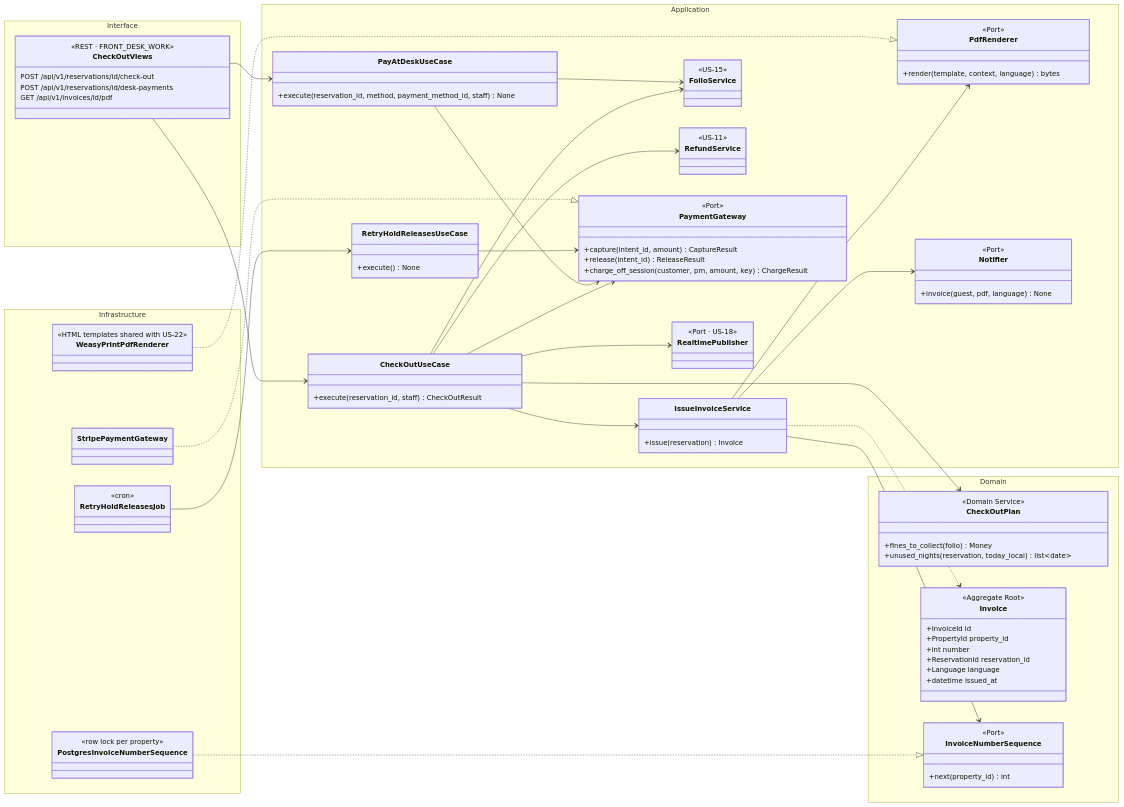
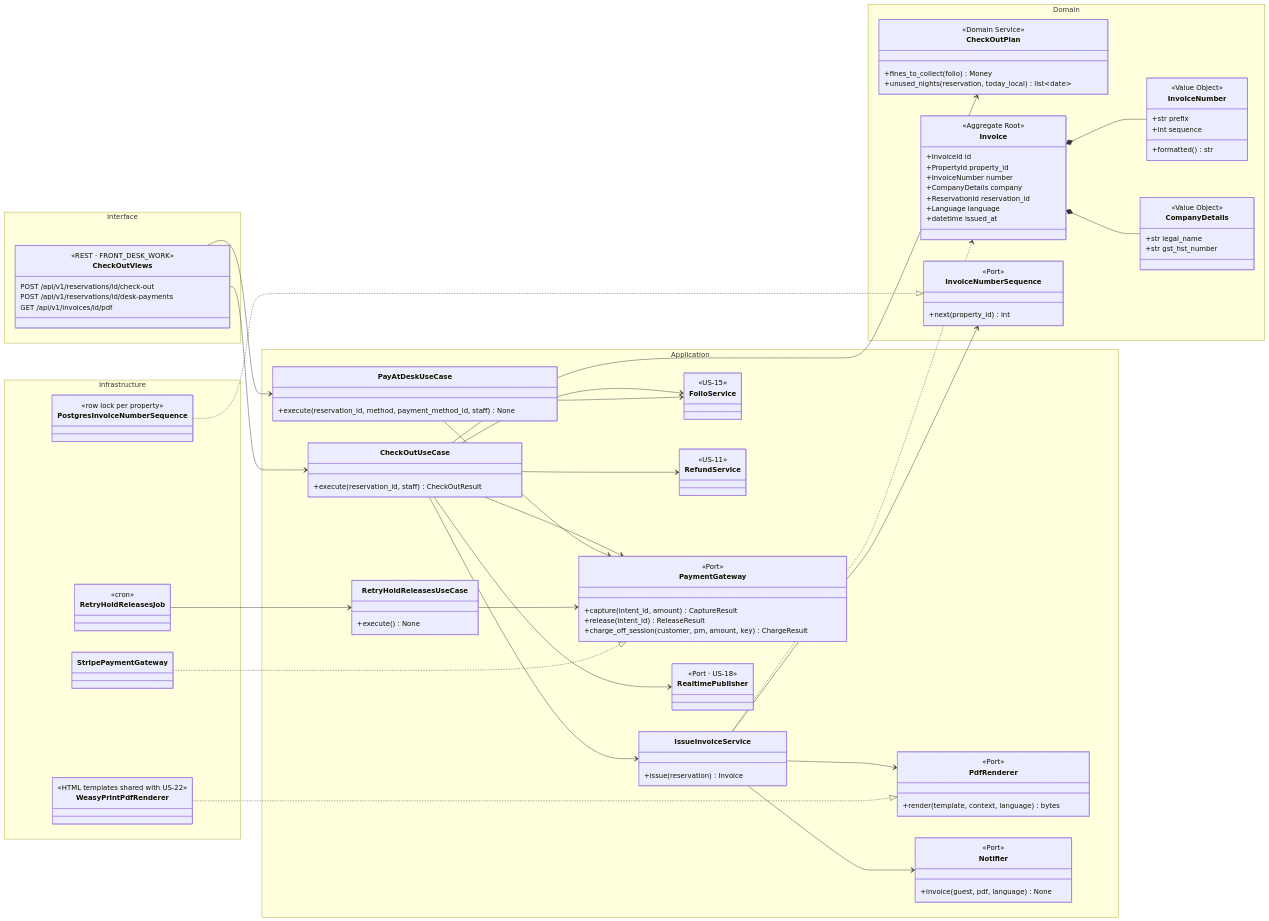
One commit to BraceroInSabot/Motel-Starmie changed the first of 3 diagrams in docs/Initial Requirements/Diagrams/US-17 - Check-out with Zero Balance.md. Above: the diagram before and after it, drawn with Mermaid. The commit also changed other lines of this file and 15 other files, not shown here.

```diff
--- a/docs/Initial Requirements/Diagrams/US-17 - Check-out with Zero Balance.md
+++ b/docs/Initial Requirements/Diagrams/US-17 - Check-out with Zero Balance.md
@@ -30,11 +33,23 @@
             +fines_to_collect(folio) Money
             +unused_nights(reservation, today_local) list~date~
         }
+        class InvoiceNumber {
+            <<Value Object>>
+            +str prefix
+            +int sequence
+            +formatted() str
+        }
+        class CompanyDetails {
+            <<Value Object>>
+            +str legal_name
+            +str gst_hst_number
+        }
         class Invoice {
             <<Aggregate Root>>
             +InvoiceId id
             +PropertyId property_id
-            +int number
+            +InvoiceNumber number
+            +CompanyDetails company
             +ReservationId reservation_id
             +Language language
             +datetime issued_at
@@ -115,6 +130,8 @@
     IssueInvoiceService --> PdfRenderer
     IssueInvoiceService --> Notifier
     IssueInvoiceService ..> Invoice
+    Invoice *-- InvoiceNumber
+    Invoice *-- CompanyDetails
     PayAtDeskUseCase --> FolioService
     PayAtDeskUseCase --> PaymentGateway
     RetryHoldReleasesUseCase --> PaymentGateway
```
